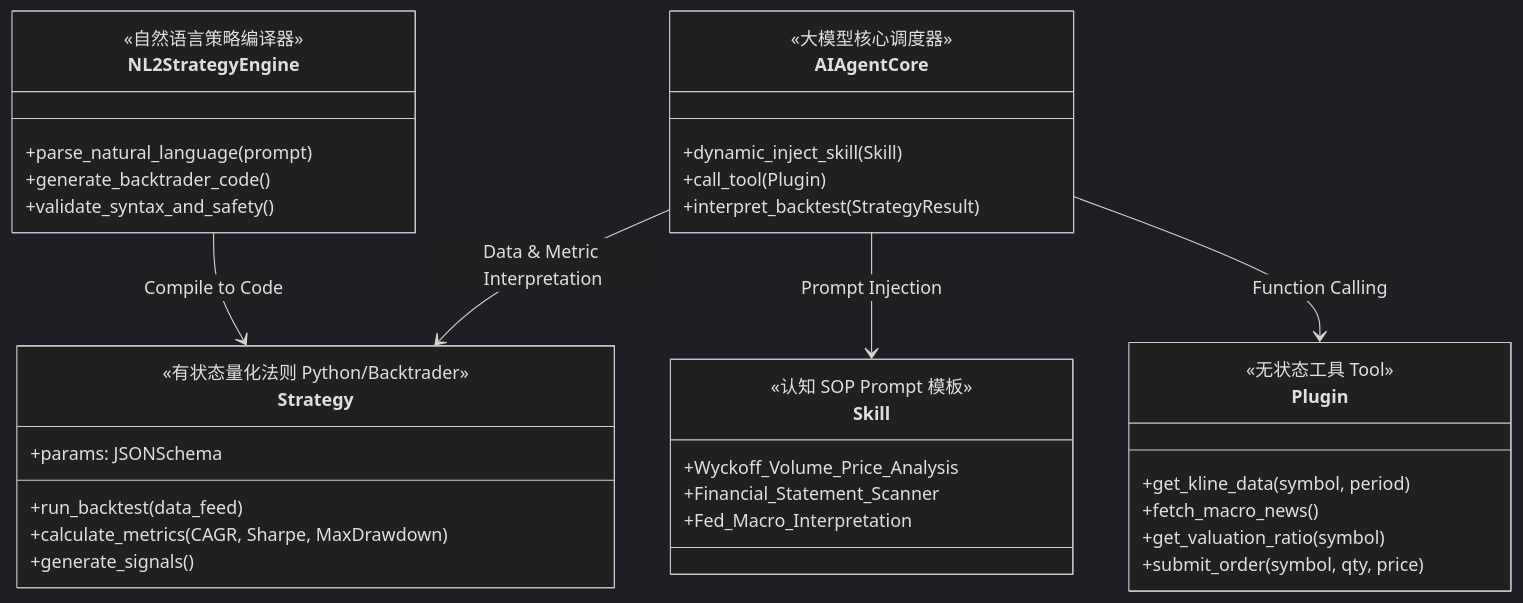
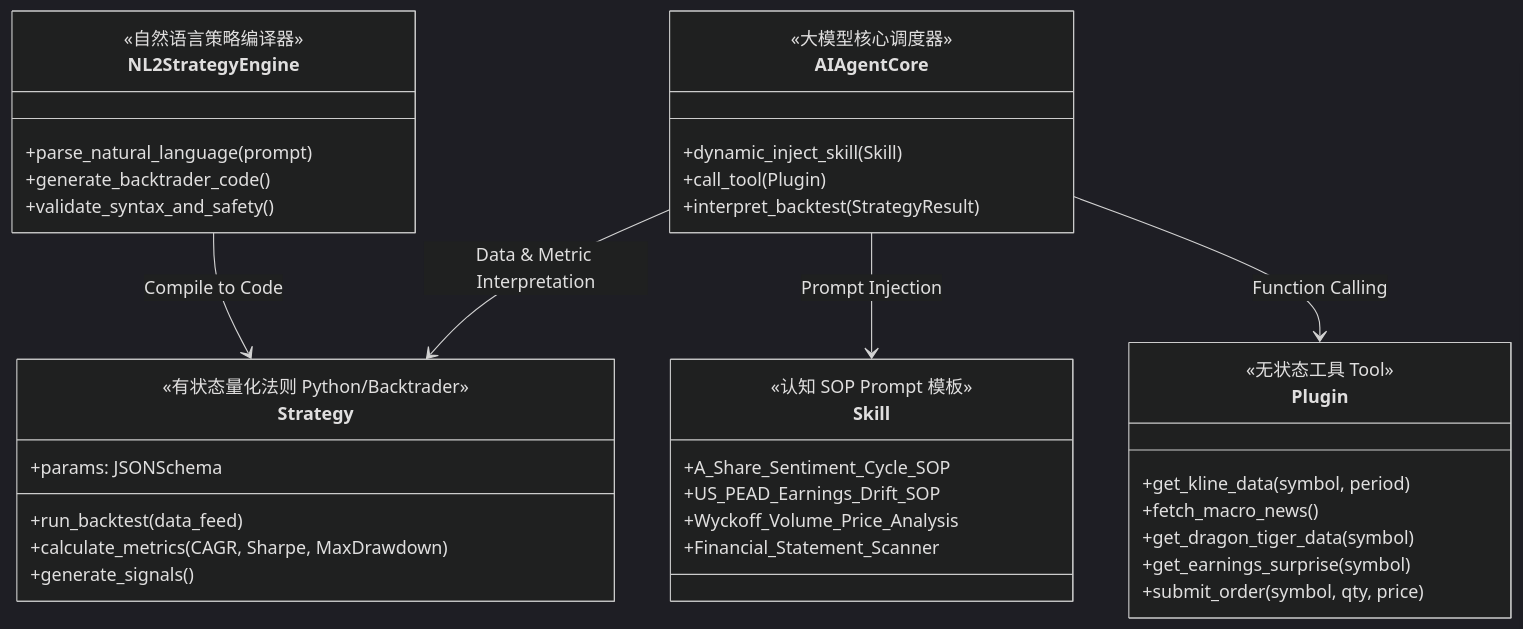
Before and after one commit to sinojelly/wealthsail: the fourth of 6 diagrams in docs/01.WealthSail投研平台需求文档.md, drawn with Mermaid (dark theme). The commit also changed other lines of this file, not shown here.

````diff
--- a/docs/01.WealthSail投研平台需求文档.md
+++ b/docs/01.WealthSail投研平台需求文档.md
@@ -158,39 +232,41 @@
 ```mermaid
 classDiagram
     class Plugin {
         <<无状态工具 Tool>>
         +get_kline_data(symbol, period)
         +fetch_macro_news()
-        +get_valuation_ratio(symbol)
+        +get_dragon_tiger_data(symbol)
+        +get_earnings_surprise(symbol)
         +submit_order(symbol, qty, price)
     }
     class Skill {
         <<认知 SOP Prompt 模板>>
+        +A_Share_Sentiment_Cycle_SOP
+        +US_PEAD_Earnings_Drift_SOP
         +Wyckoff_Volume_Price_Analysis
         +Financial_Statement_Scanner
-        +Fed_Macro_Interpretation
     }
     class Strategy {
         <<有状态量化法则 Python/Backtrader>>
         +params: JSONSchema
         +run_backtest(data_feed)
         +calculate_metrics(CAGR, Sharpe, MaxDrawdown)
         +generate_signals()
     }
     class NL2StrategyEngine {
         <<自然语言策略编译器>>
         +parse_natural_language(prompt)
         +generate_backtrader_code()
         +validate_syntax_and_safety()
     }
     class AIAgentCore {
         <<大模型核心调度器>>
         +dynamic_inject_skill(Skill)
         +call_tool(Plugin)
         +interpret_backtest(StrategyResult)
     }
     AIAgentCore --> Plugin : Function Calling
     AIAgentCore --> Skill : Prompt Injection
     AIAgentCore --> Strategy : Data & Metric Interpretation
     NL2StrategyEngine --> Strategy : Compile to Code
 ```
````
